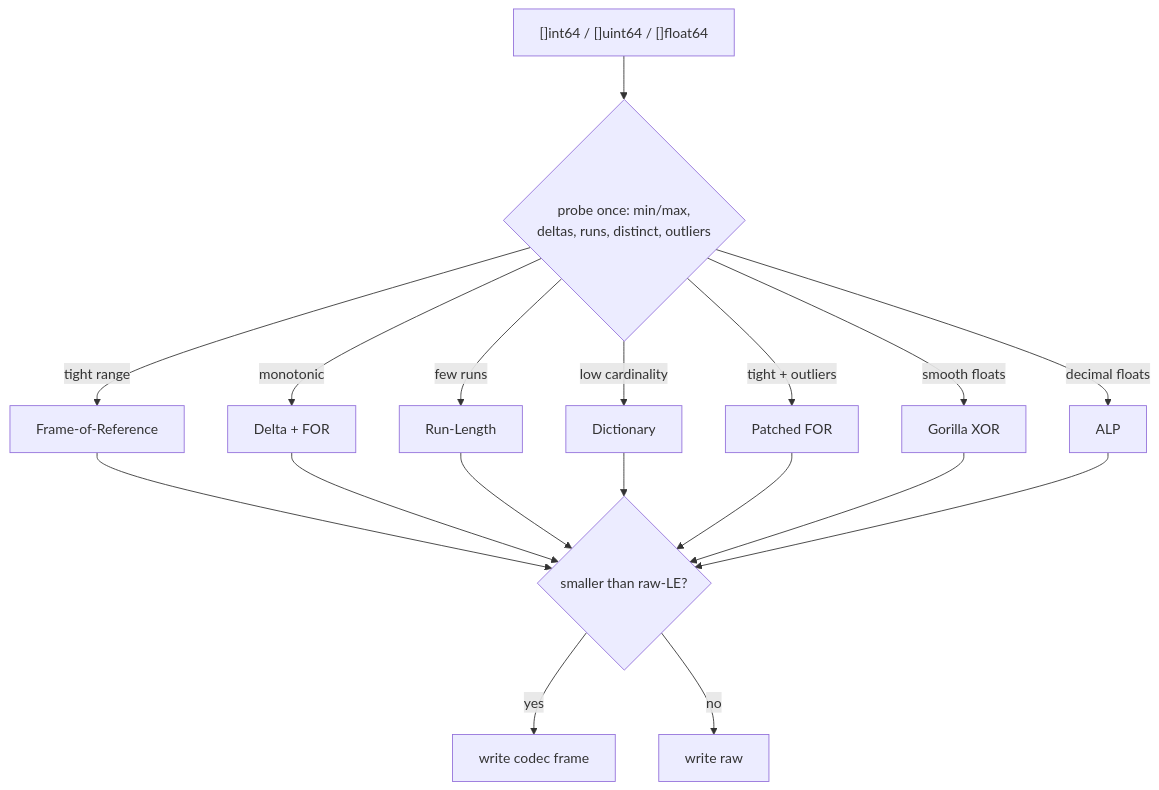
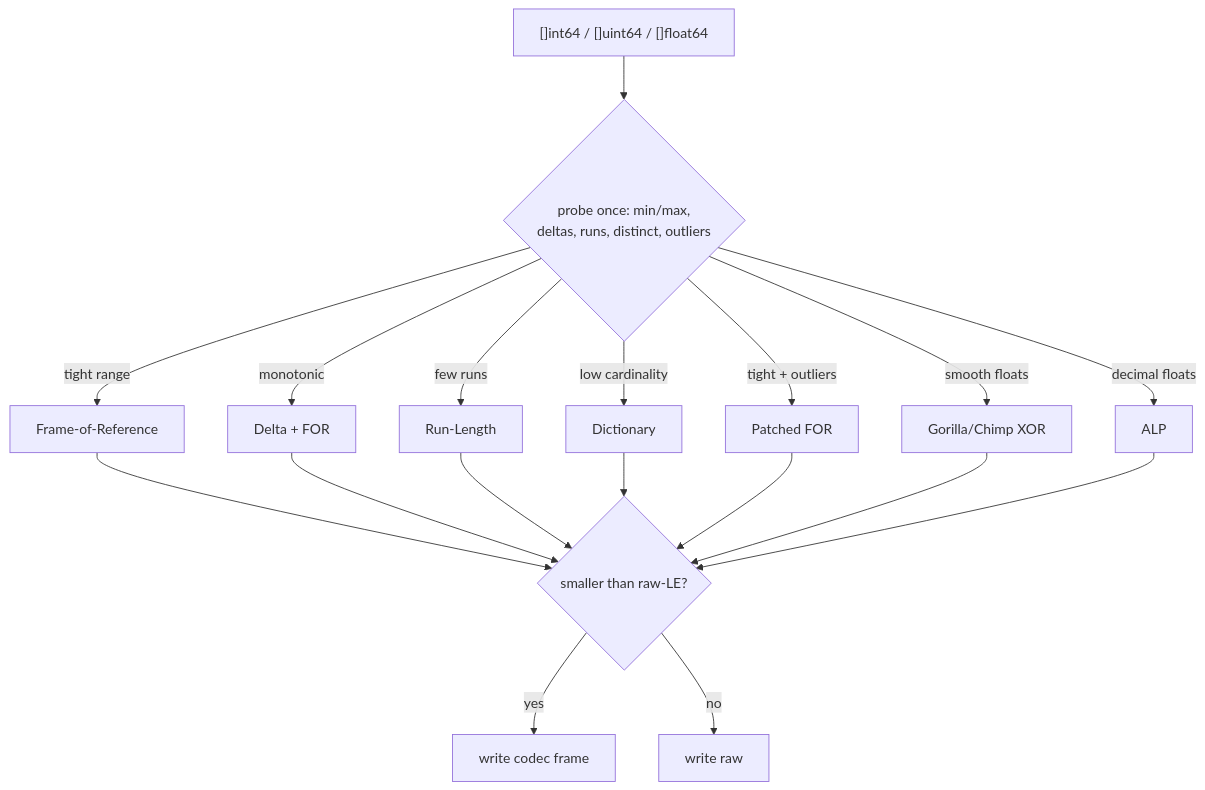
The second of 4 diagrams in docs/ARTICLE.md (alex60217101990/qdf), drawn with Mermaid before and after one commit. The commit also changed other lines of this file and 11 other files, not shown here.

First line of the commit message:
docs: reflect tANS/FSE entropy pass and Gorilla/Chimp128 float pair

````diff
--- a/docs/ARTICLE.md
+++ b/docs/ARTICLE.md
@@ -167,14 +167,14 @@
 ```mermaid
 flowchart TD
     S["[]int64 / []uint64 / []float64"] --> P{"probe once: min/max,<br/>deltas, runs, distinct, outliers"}
     P -->|tight range| FOR[Frame-of-Reference]
     P -->|monotonic| DFOR[Delta + FOR]
     P -->|few runs| RLE[Run-Length]
     P -->|low cardinality| DICT[Dictionary]
     P -->|tight + outliers| PFOR[Patched FOR]
-    P -->|smooth floats| GOR[Gorilla XOR]
+    P -->|smooth floats| GOR[Gorilla/Chimp XOR]
     P -->|decimal floats| ALP[ALP]
     FOR & DFOR & RLE & DICT & PFOR & GOR & ALP --> K{"smaller than raw-LE?"}
     K -->|yes| W[write codec frame]
     K -->|no| R[write raw]
 ```
````
